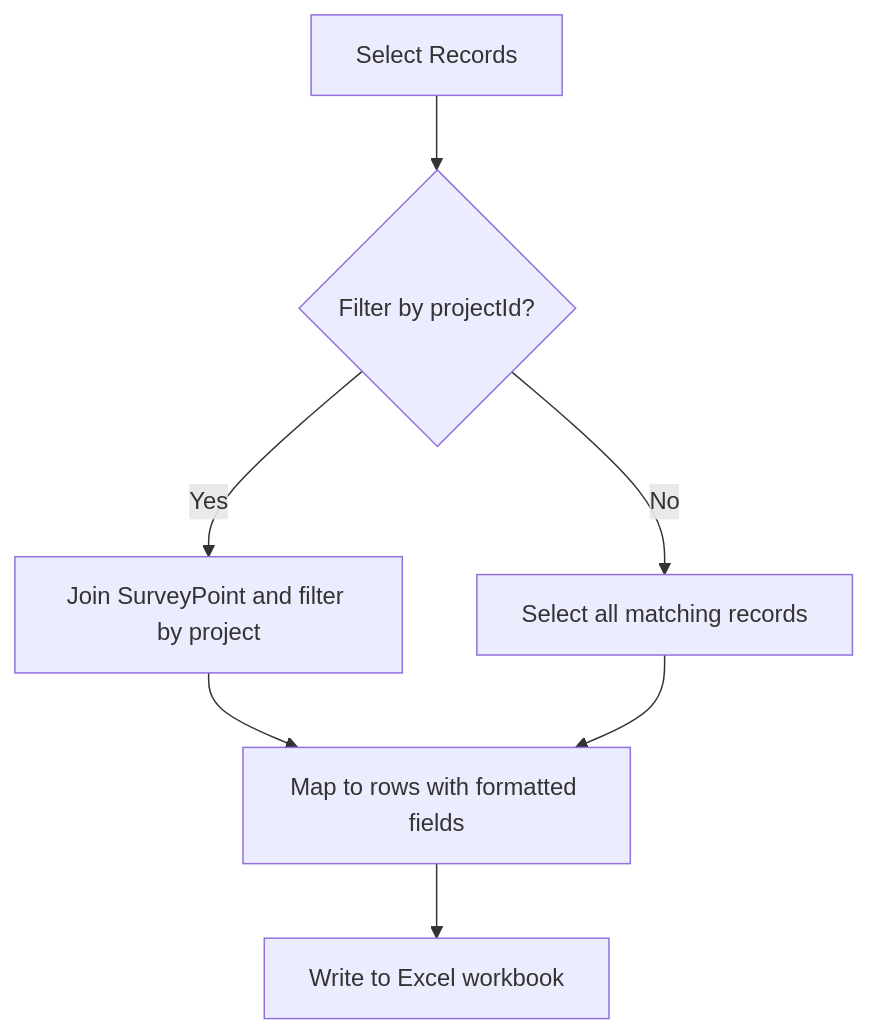
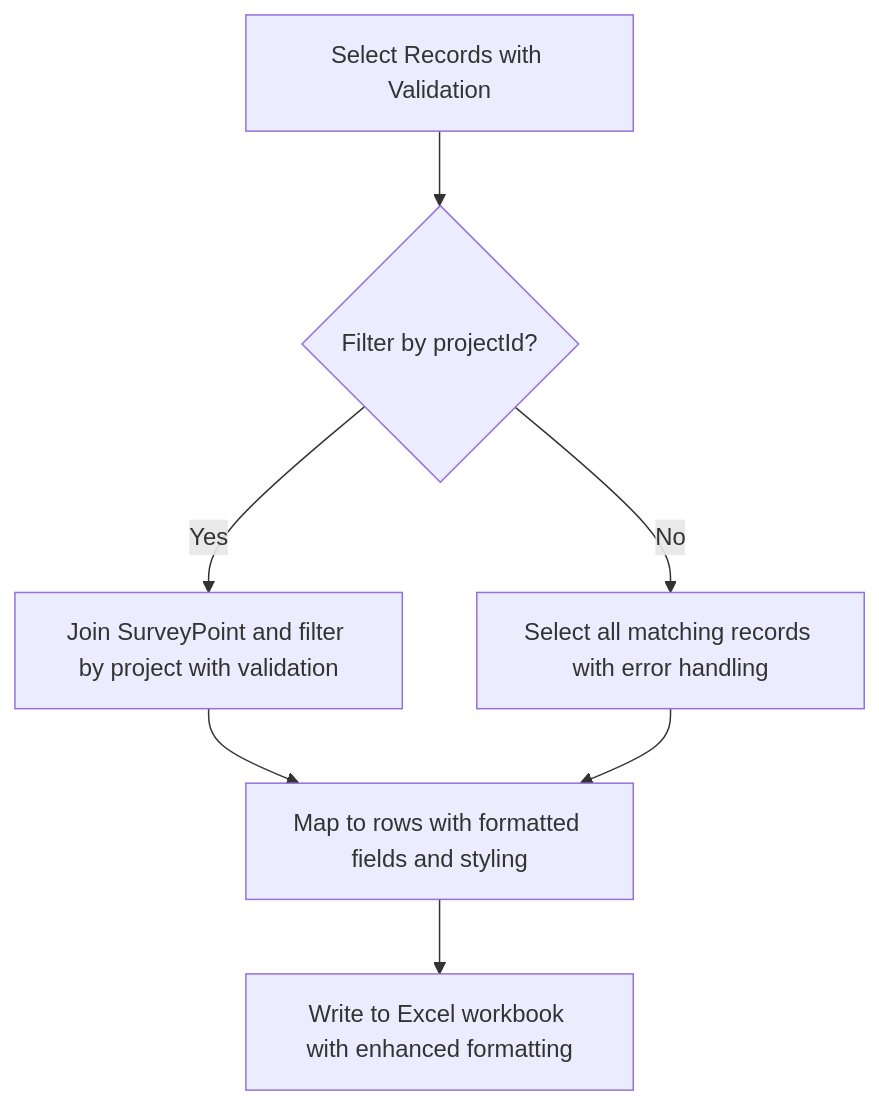
One commit to bo961386926/Survey-App changed the sixth of 10 diagrams in .qoder/repowiki/en/content/Export & Reporting/Export & Reporting.md. Above: the diagram before and after it, drawn with Mermaid. The commit also changed other lines of this file and 25 other files, not shown here.

````diff
--- a/.qoder/repowiki/en/content/Export & Reporting/Export & Reporting.md
+++ b/.qoder/repowiki/en/content/Export & Reporting/Export & Reporting.md
@@ -278,9 +351,9 @@
 ```mermaid
 flowchart TD
-A["Select Records"] --> B{"Filter by projectId?"}
-B --> |Yes| C["Join SurveyPoint and filter by project"]
-B --> |No| D["Select all matching records"]
-C --> E["Map to rows with formatted fields"]
+A["Select Records with Validation"] --> B{"Filter by projectId?"}
+B --> |Yes| C["Join SurveyPoint and filter by project with validation"]
+B --> |No| D["Select all matching records with error handling"]
+C --> E["Map to rows with formatted fields and styling"]
 D --> E
-E --> F["Write to Excel workbook"]
+E --> F["Write to Excel workbook with enhanced formatting"]
 ```
````
